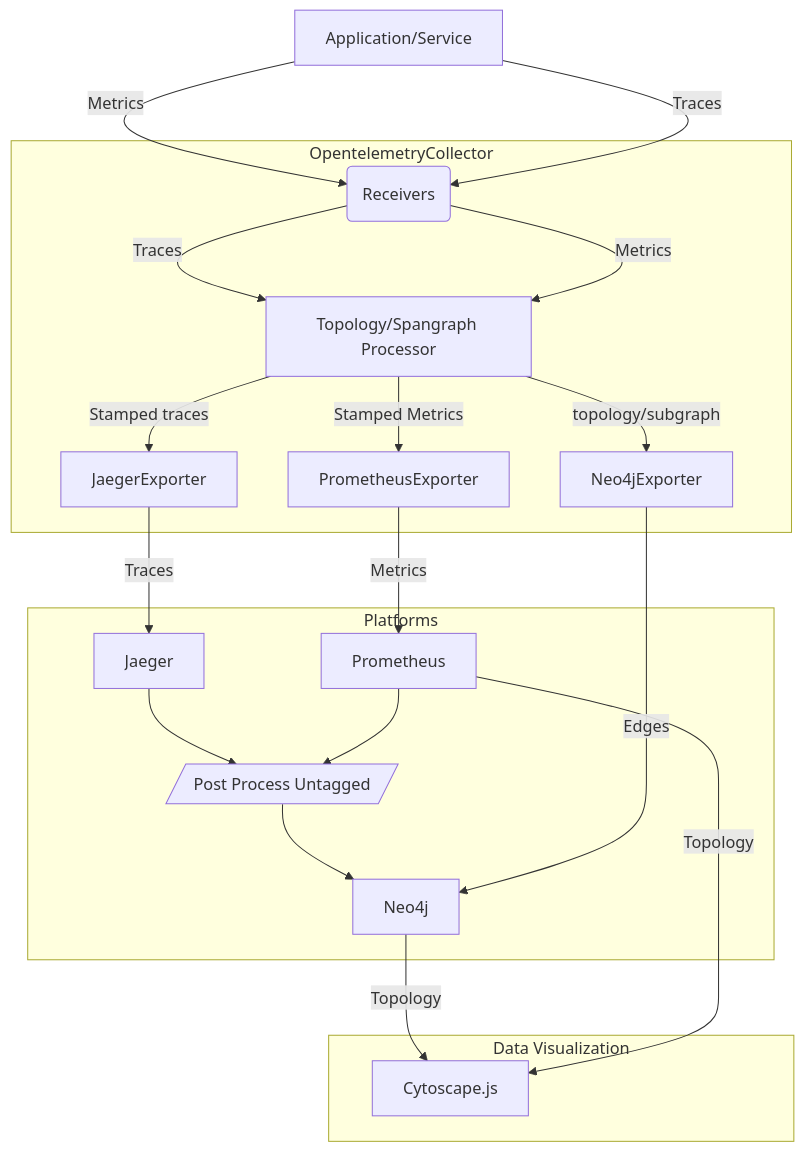
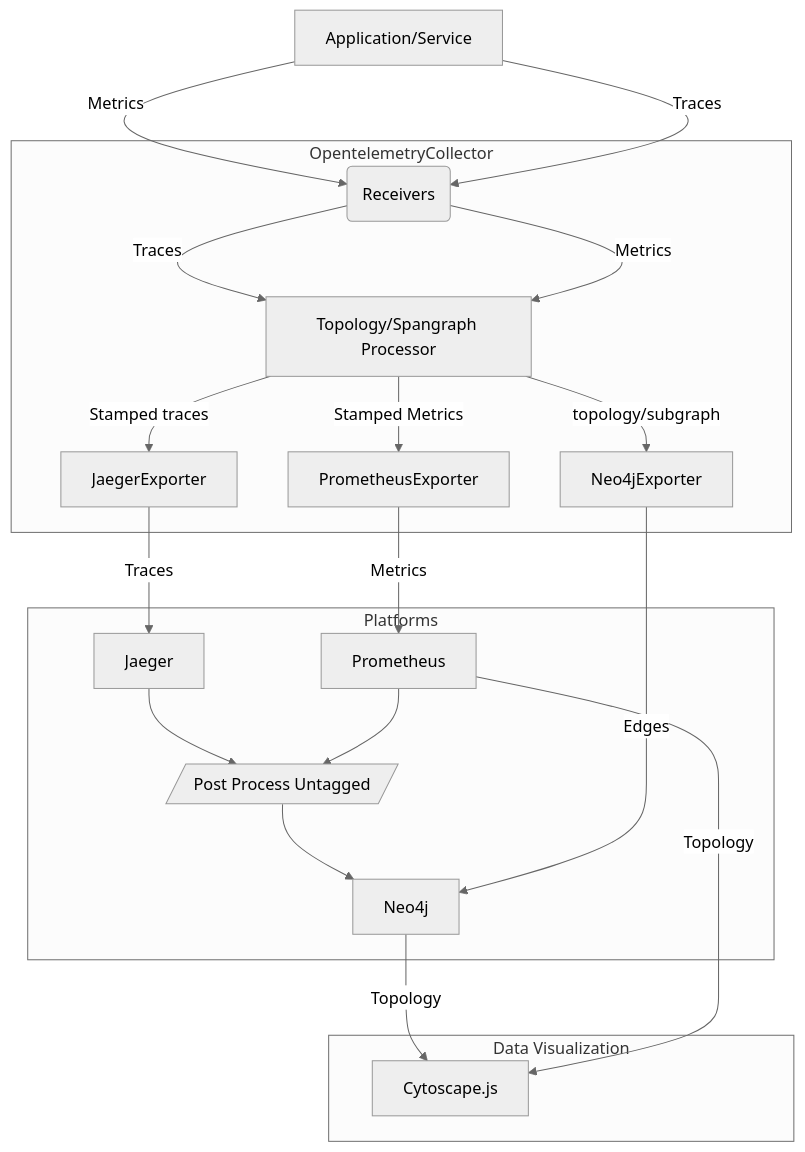
The diagram in src/servicetopology/SpanGraphProcessor.md (devrimdemiroz/opentelemetry-demo-webstore), drawn with Mermaid before and after one commit. The commit also changed other lines of this file and 2 other files, not shown here.

````diff
--- a/src/servicetopology/SpanGraphProcessor.md
+++ b/src/servicetopology/SpanGraphProcessor.md
@@ -38,25 +39,26 @@
 ```mermaid
+%%{init: {'theme':'neutral'}}%%
 flowchart TD
         A[Application/Service] -- Metrics --> B(Receivers)
         A -- Traces --> B
     
     subgraph OpentelemetryCollector
         B -- Traces --> D[Topology/Spangraph Processor]
         B -- Metrics --> D
         D -- Stamped traces --> JaegerExporter
         D -- Stamped Metrics --> PrometheusExporter
         D -- topology/subgraph--> Neo4jExporter 
     end
     subgraph Platforms
         JaegerExporter -- Traces --> Jaeger
         PrometheusExporter -- Metrics --> Prometheus
         Jaeger & Prometheus  --> PostPrcess[/Post Process Untagged /] --> Neo4j
         Neo4jExporter -- Edges --> Neo4j 
     end
     subgraph Data Visualization
         Neo4j & Prometheus -- Topology --> Cytoscape.js 
     end
 
 
 
 ```
````
